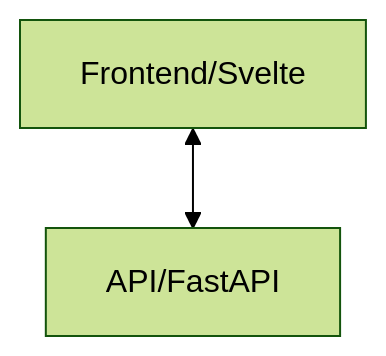
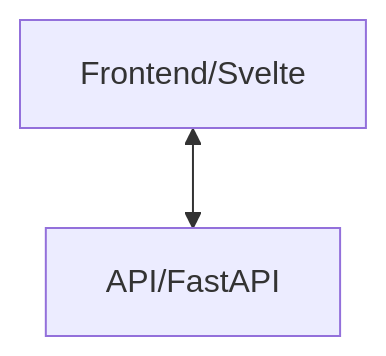
Before and after one commit to childmindresearch/ctk-orchestrator: the diagram in README.md, drawn with Mermaid.

Commit message:
Change mermaid theme for dark mode browsers

````diff
--- a/README.md
+++ b/README.md
@@ -8,5 +8,4 @@
 ```mermaid
-%%{init: {'theme':'forest'}}%%
 graph TD
     Frontend/Svelte <--> API/FastAPI
 ```
````
